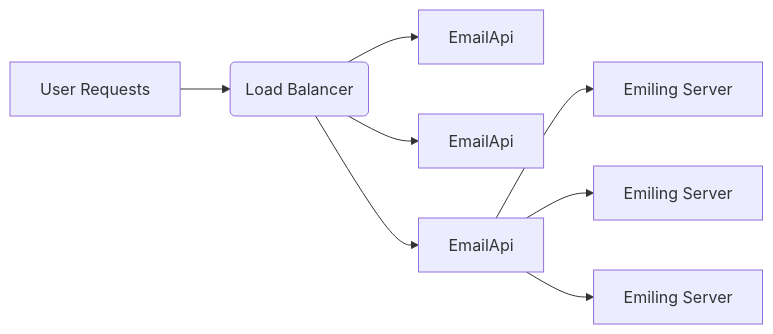
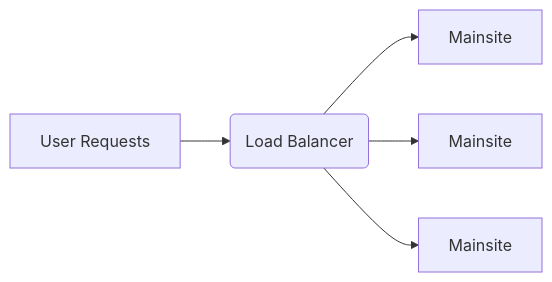
Before and after one commit to Zadigo/myyoga: the fourth of 4 diagrams in docs/ARCHITECTURE.md, drawn with Mermaid. The commit also changed other lines of this file and 4 other files, not shown here.

Commit message:
Update project architecture

````diff
--- a/docs/ARCHITECTURE.md
+++ b/docs/ARCHITECTURE.md
@@ -144,10 +133,7 @@
 ```mermaid
     flowchart LR
         A[User Requests] --> B(Load Balancer)
-        B --> C[EmailApi]
-        B --> D[EmailApi]
-        B --> E[EmailApi]
-        E --> G[Emiling Server]
-        E --> H[Emiling Server]
-        E --> I[Emiling Server]
+        B --> C[Mainsite]
+        B --> D[Mainsite]
+        B --> E[Mainsite]
 ```
````
